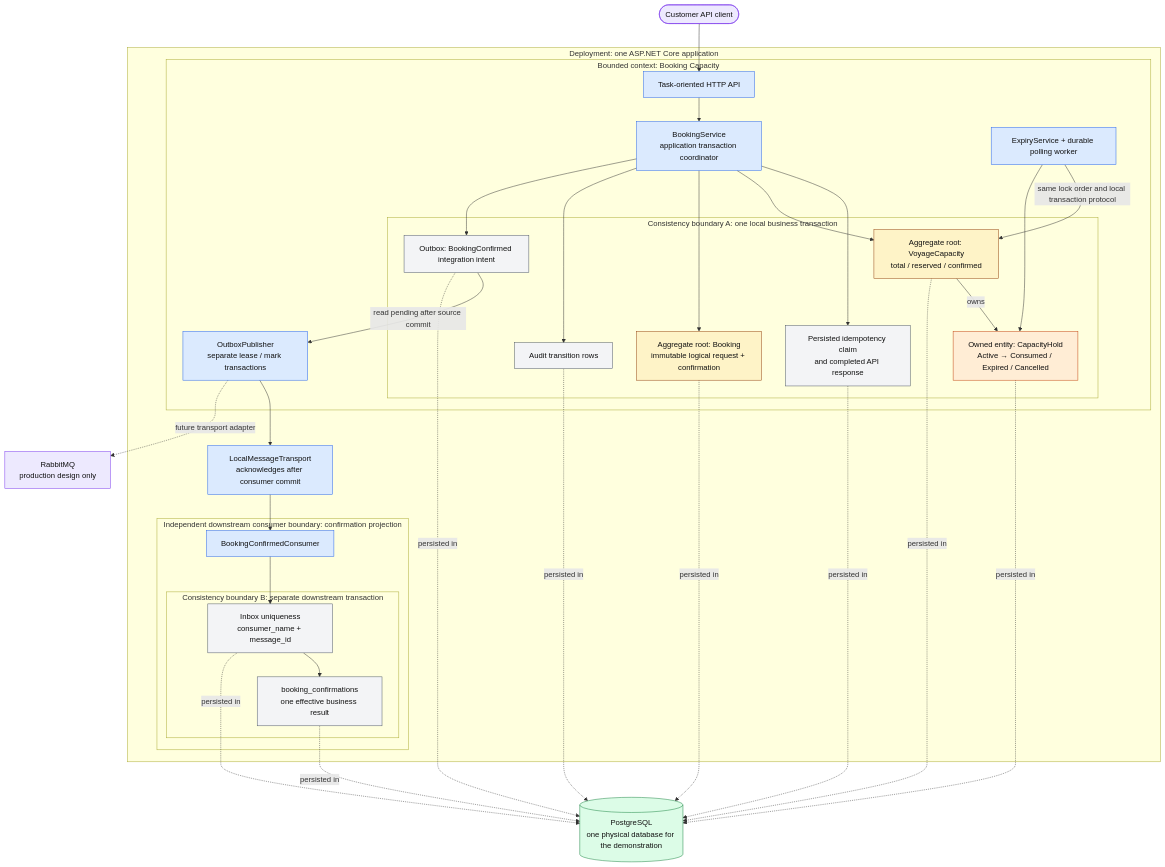
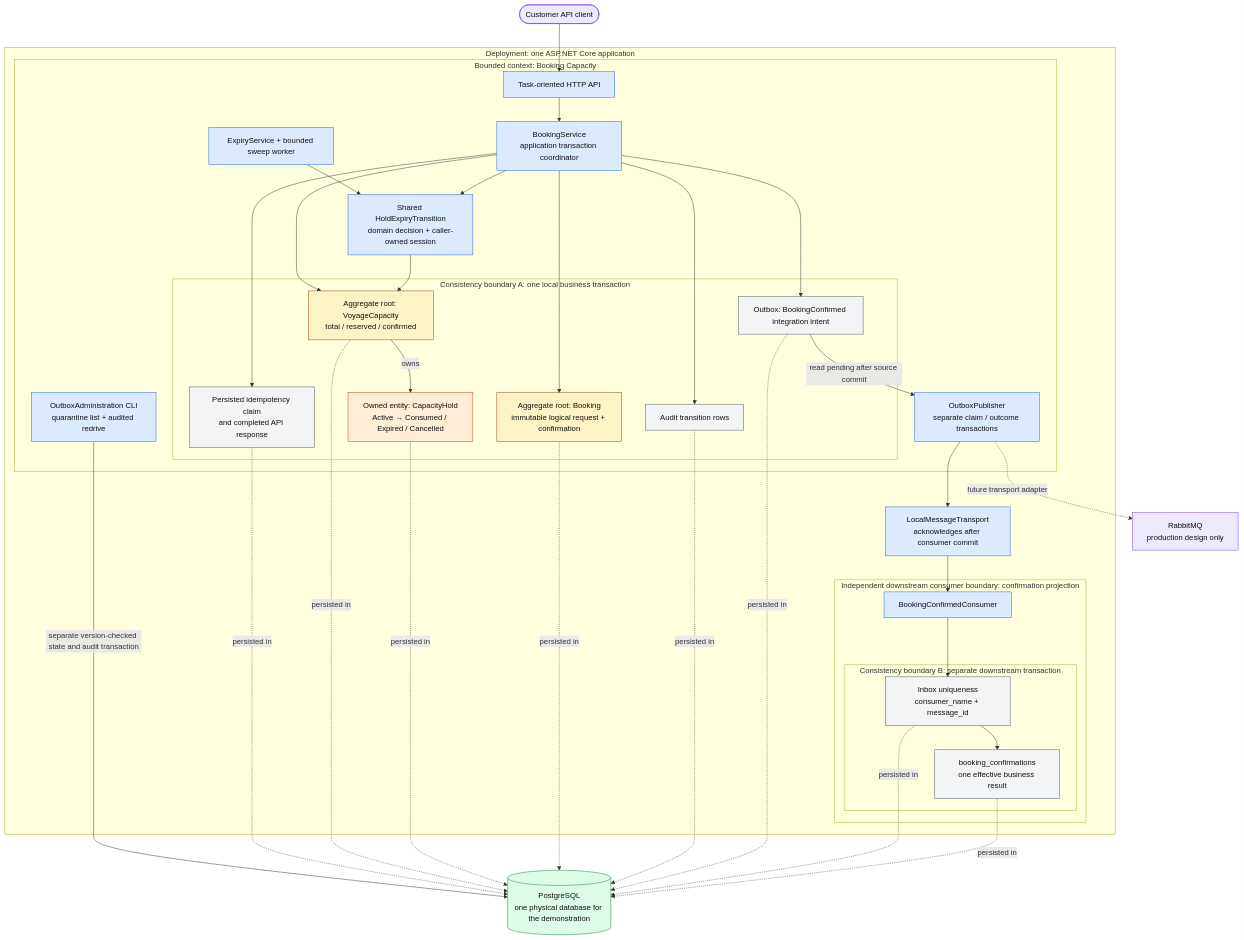
One commit to aligeek-tech/interview-challenge changed the diagram in docs/diagrams/context-aggregates.md. Above: the diagram before and after it, drawn with Mermaid. The commit also changed other lines of this file and 50 other files, not shown here.

First line of the commit message:
Add integration tests for health readiness, migration, and outbox quarantine

````diff
--- a/docs/diagrams/context-aggregates.md
+++ b/docs/diagrams/context-aggregates.md
@@ -5,65 +5,68 @@
 ```mermaid
 flowchart TB
     client([Customer API client]):::external
     rabbit["RabbitMQ<br/>production design only"]:::external
 
     subgraph deployment["Deployment: one ASP.NET Core application"]
         subgraph source["Bounded context: Booking Capacity"]
             api["Task-oriented HTTP API"]:::component
             coordinator["BookingService<br/>application transaction coordinator"]:::component
-            expiry["ExpiryService + durable polling worker"]:::component
+            expiry["ExpiryService + bounded sweep worker"]:::component
+            transition["Shared HoldExpiryTransition<br/>domain decision + caller-owned session"]:::component
+            ops["OutboxAdministration CLI<br/>quarantine list + audited redrive"]:::component
 
             subgraph txA["Consistency boundary A: one local business transaction"]
                 key["Persisted idempotency claim<br/>and completed API response"]:::storage
                 capacity["Aggregate root: VoyageCapacity<br/>total / reserved / confirmed"]:::aggregate
                 hold["Owned entity: CapacityHold<br/>Active → Consumed / Expired / Cancelled"]:::entity
                 booking["Aggregate root: Booking<br/>immutable logical request + confirmation"]:::aggregate
                 audit["Audit transition rows"]:::storage
                 outbox["Outbox: BookingConfirmed integration intent"]:::storage
             end
-            publisher["OutboxPublisher<br/>separate lease / mark transactions"]:::component
+            publisher["OutboxPublisher<br/>separate claim / outcome transactions"]:::component
         end
 
         transport["LocalMessageTransport<br/>acknowledges after consumer commit"]:::component
 
         subgraph downstream["Independent downstream consumer boundary: confirmation projection"]
             consumer["BookingConfirmedConsumer"]:::component
             subgraph txB["Consistency boundary B: separate downstream transaction"]
                 inbox["Inbox uniqueness<br/>consumer_name + message_id"]:::storage
                 projection["booking_confirmations<br/>one effective business result"]:::storage
             end
         end
     end
 
     postgres[("PostgreSQL<br/>one physical database for the demonstration")]:::database
 
     client --> api --> coordinator
     coordinator --> key
     coordinator --> capacity
     coordinator --> booking
     capacity -->|owns| hold
     coordinator --> audit
     coordinator --> outbox
-    expiry -->|same lock order and local transaction protocol| capacity
-    expiry --> hold
+    expiry --> transition --> capacity
+    coordinator --> transition
+    ops -->|separate version-checked state and audit transaction| postgres
     outbox -->|read pending after source commit| publisher
     publisher --> transport --> consumer
     publisher -. future transport adapter .-> rabbit
     consumer --> inbox --> projection
 
     key -. persisted in .-> postgres
     capacity -. persisted in .-> postgres
     hold -. persisted in .-> postgres
     booking -. persisted in .-> postgres
     audit -. persisted in .-> postgres
     outbox -. persisted in .-> postgres
     inbox -. persisted in .-> postgres
     projection -. persisted in .-> postgres
 
     classDef component fill:#dbeafe,stroke:#2563eb,color:#111;
     classDef aggregate fill:#fef3c7,stroke:#92400e,color:#111;
     classDef entity fill:#ffedd5,stroke:#c2410c,color:#111;
     classDef storage fill:#f3f4f6,stroke:#4b5563,color:#111;
     classDef external fill:#ede9fe,stroke:#7c3aed,color:#111;
     classDef database fill:#dcfce7,stroke:#15803d,color:#111;
 ```
````
